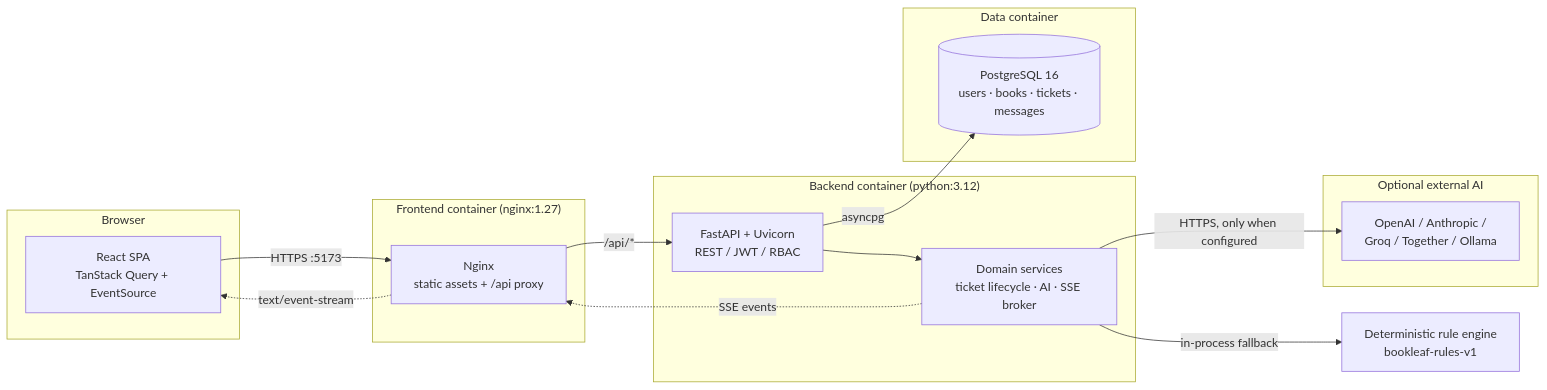
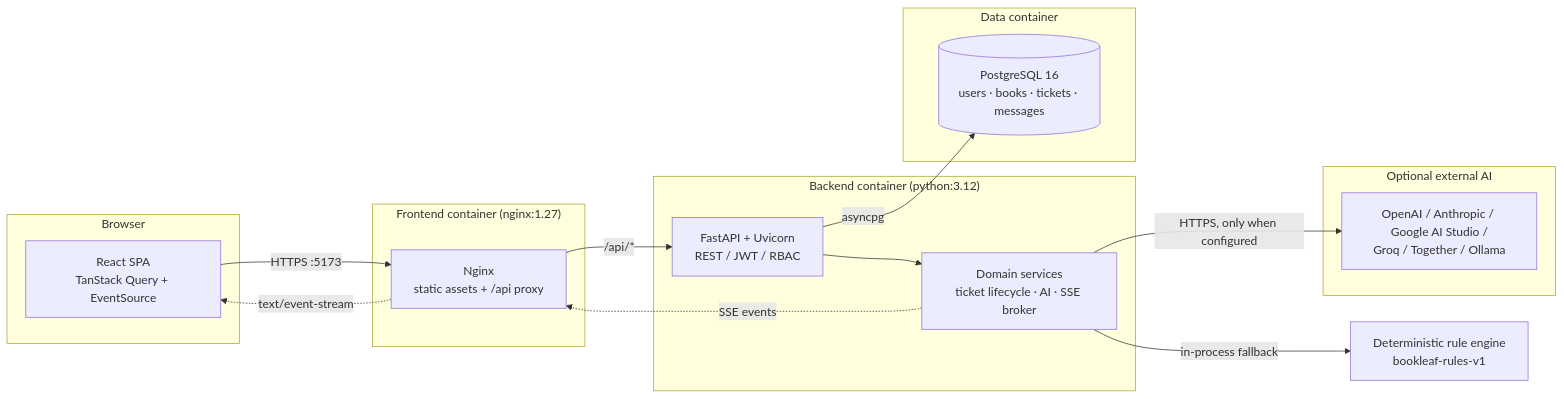
One commit to whodheeeraj/bookleaf-portal changed the first of 9 diagrams in docs/ARCHITECTURE.md. Above: the diagram before and after it, drawn with Mermaid. The commit also changed other lines of this file and 7 other files, not shown here.

First line of the commit message:
Add Google AI Studio (Gemini) as a first-class AI provider

````diff
--- a/docs/ARCHITECTURE.md
+++ b/docs/ARCHITECTURE.md
@@ -62,32 +62,32 @@
 ```mermaid
 flowchart LR
     subgraph Browser
         SPA["React SPA<br/>TanStack Query + EventSource"]
     end
 
     subgraph "Frontend container (nginx:1.27)"
         NGX["Nginx<br/>static assets + /api proxy"]
     end
 
     subgraph "Backend container (python:3.12)"
         API["FastAPI + Uvicorn<br/>REST / JWT / RBAC"]
         SVC["Domain services<br/>ticket lifecycle · AI · SSE broker"]
         API --> SVC
     end
 
     subgraph "Data container"
         PG[("PostgreSQL 16<br/>users · books · tickets · messages")]
     end
 
     subgraph "Optional external AI"
-        LLM["OpenAI / Anthropic /<br/>Groq / Together / Ollama"]
+        LLM["OpenAI / Anthropic / Google AI Studio /<br/>Groq / Together / Ollama"]
     end
 
     SPA -->|"HTTPS :5173"| NGX
     NGX -->|"/api/*"| API
     API -->|"asyncpg"| PG
     SVC -->|"HTTPS, only when configured"| LLM
     SVC -->|"in-process fallback"| RULES["Deterministic rule engine<br/>bookleaf-rules-v1"]
     SVC -.->|"SSE events"| NGX
     NGX -.->|"text/event-stream"| SPA
 ```
````
